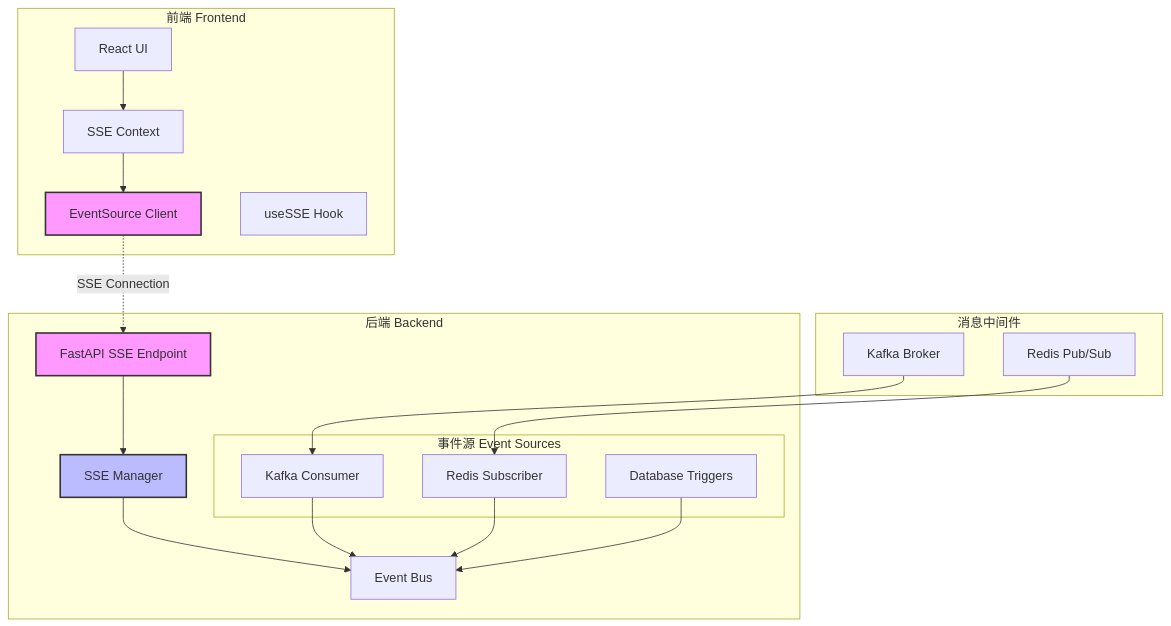
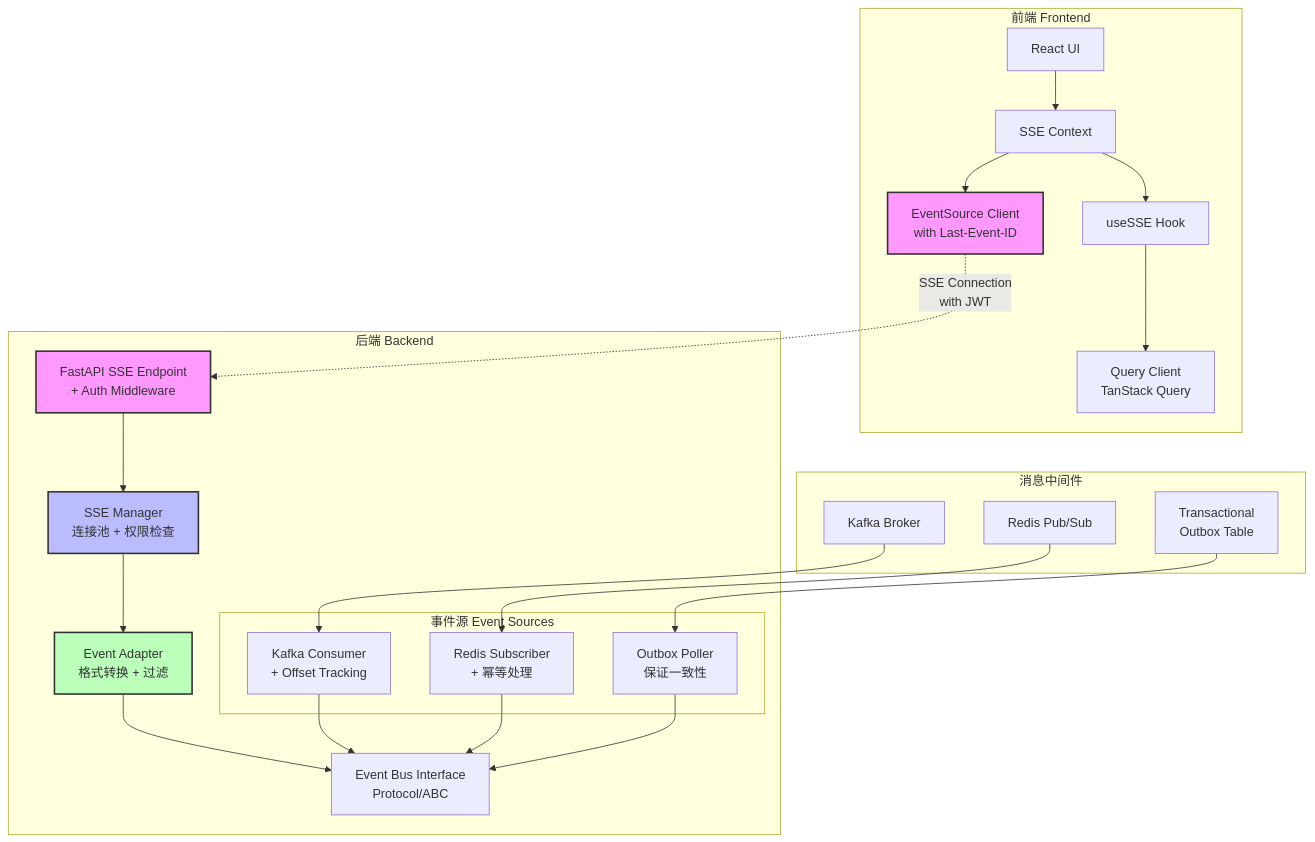
One commit to zhiyue/infinite-scribe changed the first of 4 diagrams in docs/development/tasks/implement-sse/implementation-plan.md. Above: the diagram before and after it, drawn with Mermaid. The commit also changed other lines of this file and 4 other files, not shown here.

````diff
--- a/docs/development/tasks/implement-sse/implementation-plan.md
+++ b/docs/development/tasks/implement-sse/implementation-plan.md
@@ -35,43 +42,51 @@
 ```mermaid
 graph TB
     subgraph "前端 Frontend"
         UI[React UI]
-        ES[EventSource Client]
+        ES[EventSource Client<br/>with Last-Event-ID]
         CTX[SSE Context]
         HOOK[useSSE Hook]
+        QC[Query Client<br/>TanStack Query]
     end
     
     subgraph "后端 Backend"
-        API[FastAPI SSE Endpoint]
-        MGR[SSE Manager]
-        EB[Event Bus]
+        API[FastAPI SSE Endpoint<br/>+ Auth Middleware]
+        MGR[SSE Manager<br/>连接池 + 权限检查]
+        ADAPT[Event Adapter<br/>格式转换 + 过滤]
+        EB[Event Bus Interface<br/>Protocol/ABC]
         
         subgraph "事件源 Event Sources"
-            KAFKA[Kafka Consumer]
-            REDIS[Redis Subscriber]
-            DB[Database Triggers]
+            KAFKA[Kafka Consumer<br/>+ Offset Tracking]
+            REDIS[Redis Subscriber<br/>+ 幂等处理]
+            DB[Outbox Poller<br/>保证一致性]
         end
     end
     
     subgraph "消息中间件"
         KF[Kafka Broker]
         RD[Redis Pub/Sub]
+        OUT[Transactional<br/>Outbox Table]
     end
     
     UI --> CTX
+    CTX --> HOOK
+    HOOK --> QC
     CTX --> ES
-    ES -.SSE Connection.-> API
+    ES -.SSE Connection<br/>with JWT.-> API
     API --> MGR
-    MGR --> EB
+    MGR --> ADAPT
+    ADAPT --> EB
     
     KAFKA --> EB
     REDIS --> EB
     DB --> EB
     
     KF --> KAFKA
     RD --> REDIS
+    OUT --> DB
     
     style ES fill:#f9f,stroke:#333,stroke-width:2px
     style API fill:#f9f,stroke:#333,stroke-width:2px
     style MGR fill:#bbf,stroke:#333,stroke-width:2px
+    style ADAPT fill:#bfb,stroke:#333,stroke-width:2px
 ```
````
